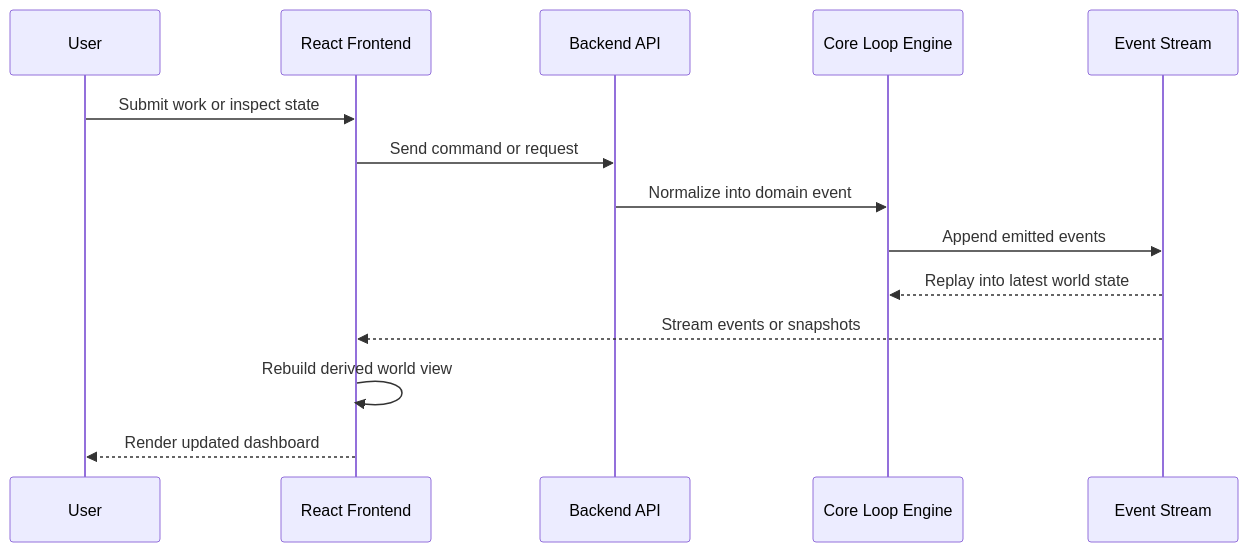
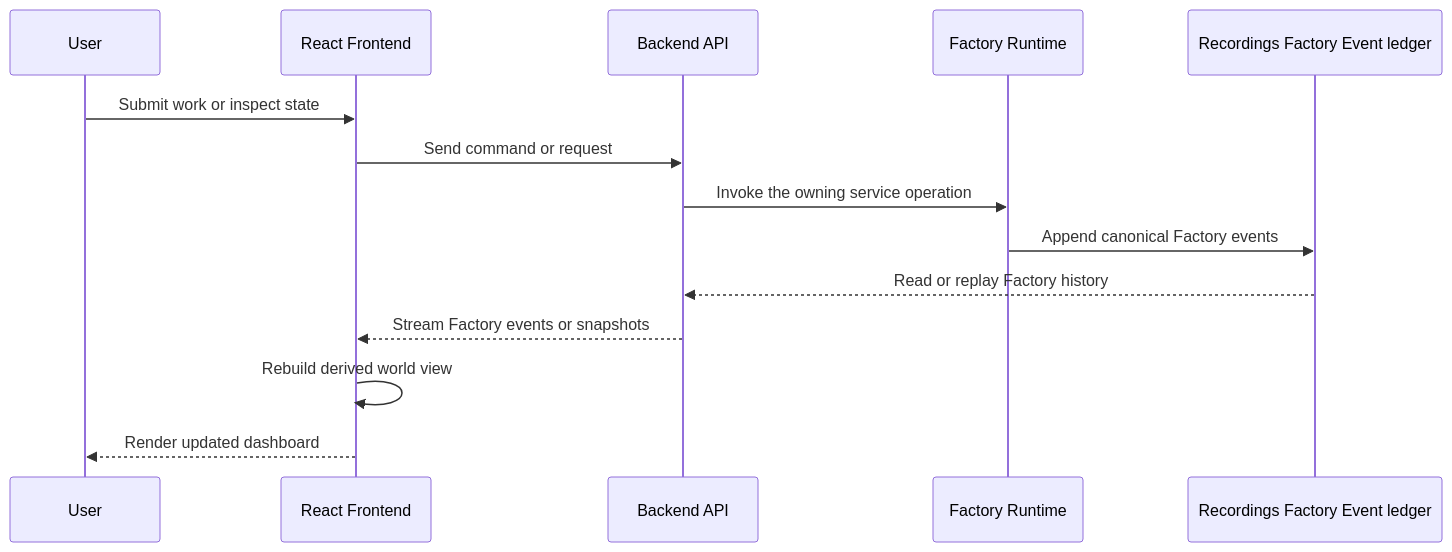
One commit to portpowered/you-agent-factory changed the seventh of 8 diagrams in docs/architecture/architecture.md. Above: the diagram before and after it, drawn with Mermaid. The commit also changed other lines of this file and 1 other file, not shown here.

Commit message:
docs: reconcile ACP service ownership

````diff
--- a/docs/architecture/architecture.md
+++ b/docs/architecture/architecture.md
@@ -355,17 +338,17 @@
 ```mermaid
 sequenceDiagram
     participant User
     participant UI as React Frontend
     participant API as Backend API
-    participant Engine as Core Loop Engine
-    participant Stream as Event Stream
+    participant Engine as Factory Runtime
+    participant Ledger as Recordings Factory Event ledger
 
     User->>UI: Submit work or inspect state
     UI->>API: Send command or request
-    API->>Engine: Normalize into domain event
-    Engine->>Stream: Append emitted events
-    Stream-->>Engine: Replay into latest world state
-    Stream-->>UI: Stream events or snapshots
+    API->>Engine: Invoke the owning service operation
+    Engine->>Ledger: Append canonical Factory events
+    Ledger-->>API: Read or replay Factory history
+    API-->>UI: Stream Factory events or snapshots
     UI->>UI: Rebuild derived world view
     UI-->>User: Render updated dashboard
 ```
````
